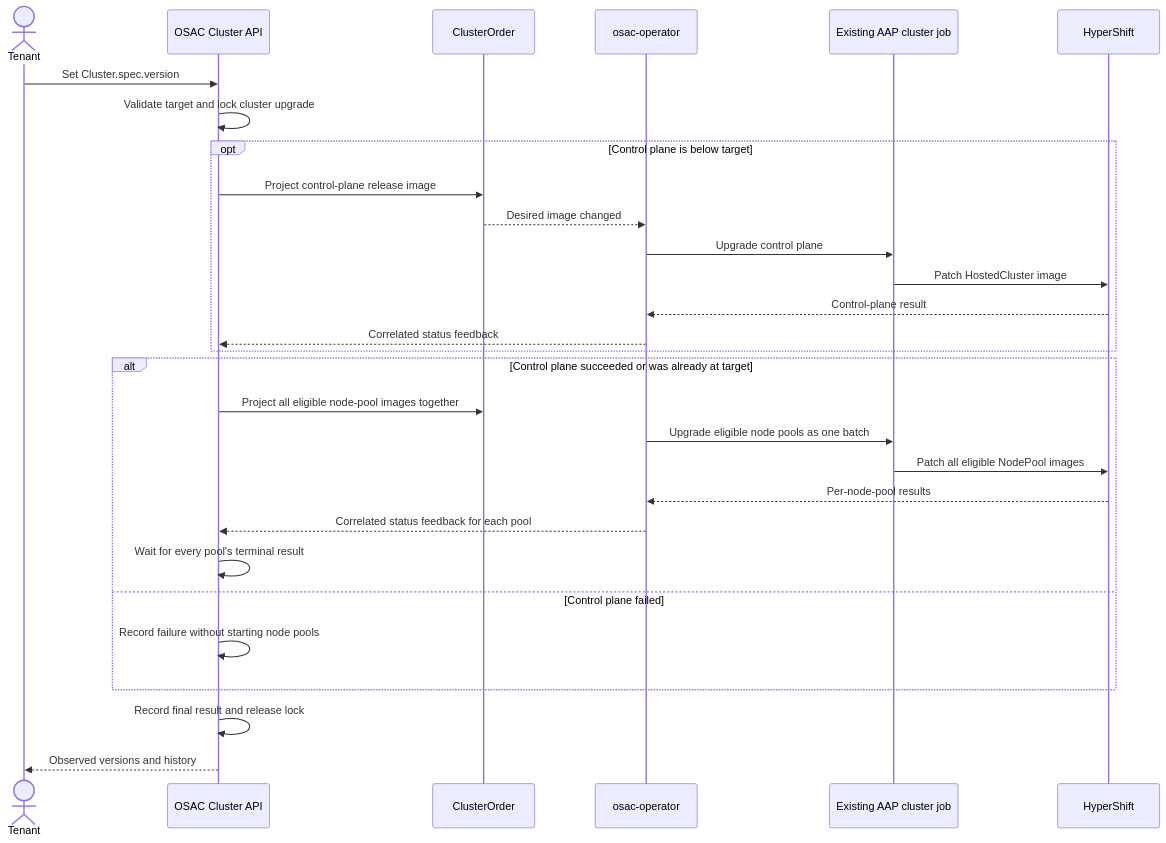
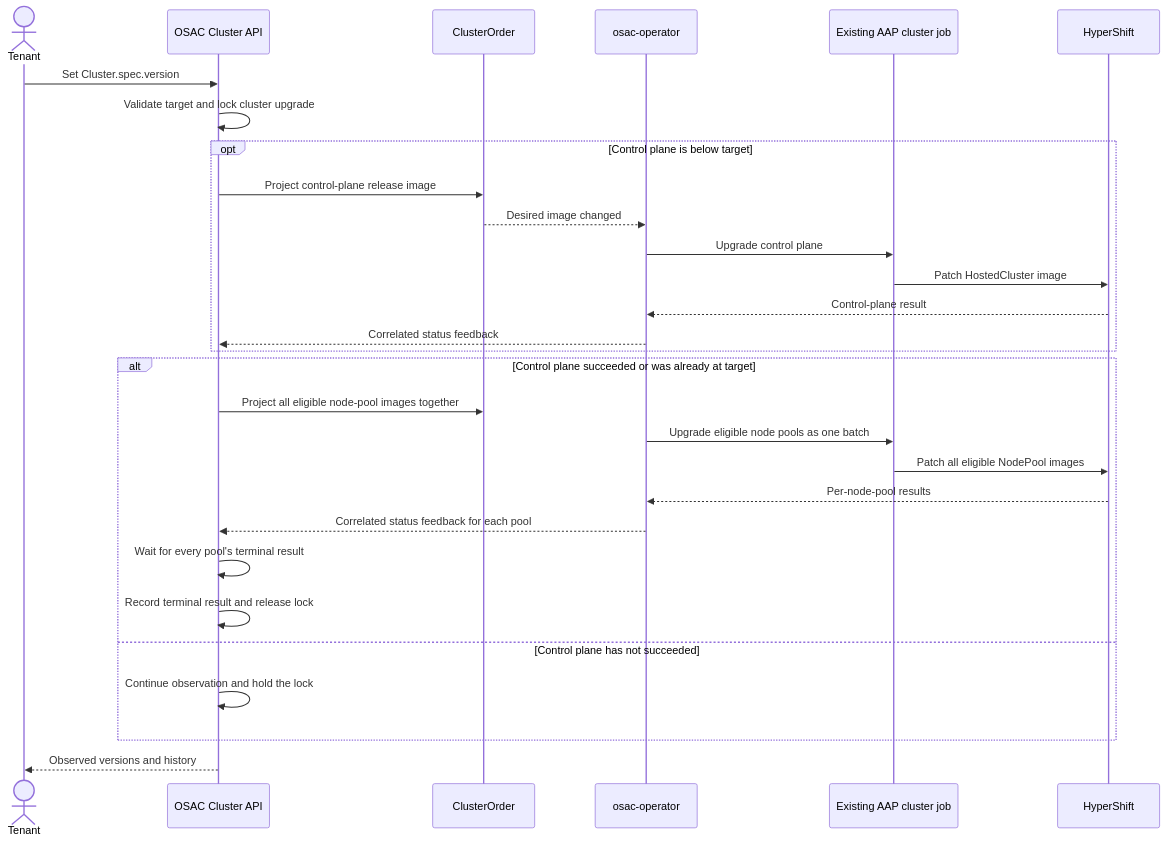
The diagram in enhancements/OSAC-1415-cluster-upgrade-caas/design.md (osac-project/enhancement-proposals), drawn with Mermaid before and after one commit. The commit also changed other lines of this file and 1 other file, not shown here.

Commit message:
Design OSAC-1415: remove permanent failure path

````diff
--- a/enhancements/OSAC-1415-cluster-upgrade-caas/design.md
+++ b/enhancements/OSAC-1415-cluster-upgrade-caas/design.md
@@ -68,31 +69,31 @@
 ```mermaid
 sequenceDiagram
     actor Tenant
     participant API as OSAC Cluster API
     participant Order as ClusterOrder
     participant Operator as osac-operator
     participant AAP as Existing AAP cluster job
     participant HyperShift
     Tenant->>API: Set Cluster.spec.version
     API->>API: Validate target and lock cluster upgrade
     opt Control plane is below target
         API->>Order: Project control-plane release image
         Order-->>Operator: Desired image changed
         Operator->>AAP: Upgrade control plane
         AAP->>HyperShift: Patch HostedCluster image
         HyperShift-->>Operator: Control-plane result
         Operator-->>API: Correlated status feedback
     end
     alt Control plane succeeded or was already at target
         API->>Order: Project all eligible node-pool images together
         Operator->>AAP: Upgrade eligible node pools as one batch
         AAP->>HyperShift: Patch all eligible NodePool images
         HyperShift-->>Operator: Per-node-pool results
         Operator-->>API: Correlated status feedback for each pool
         API->>API: Wait for every pool's terminal result
-    else Control plane failed
-        API->>API: Record failure without starting node pools
+        API->>API: Record terminal result and release lock
+    else Control plane has not succeeded
+        API->>API: Continue observation and hold the lock
     end
-    API->>API: Record final result and release lock
     API-->>Tenant: Observed versions and history
 ```
````
